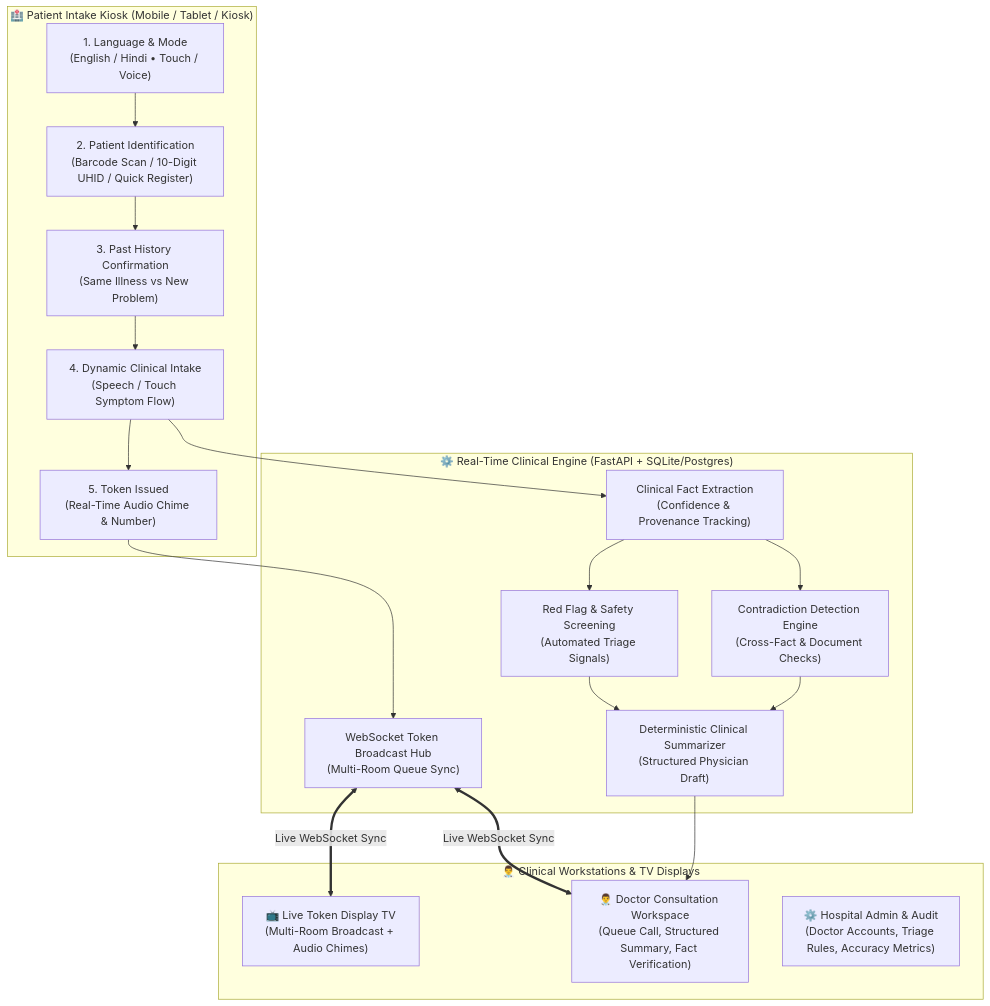
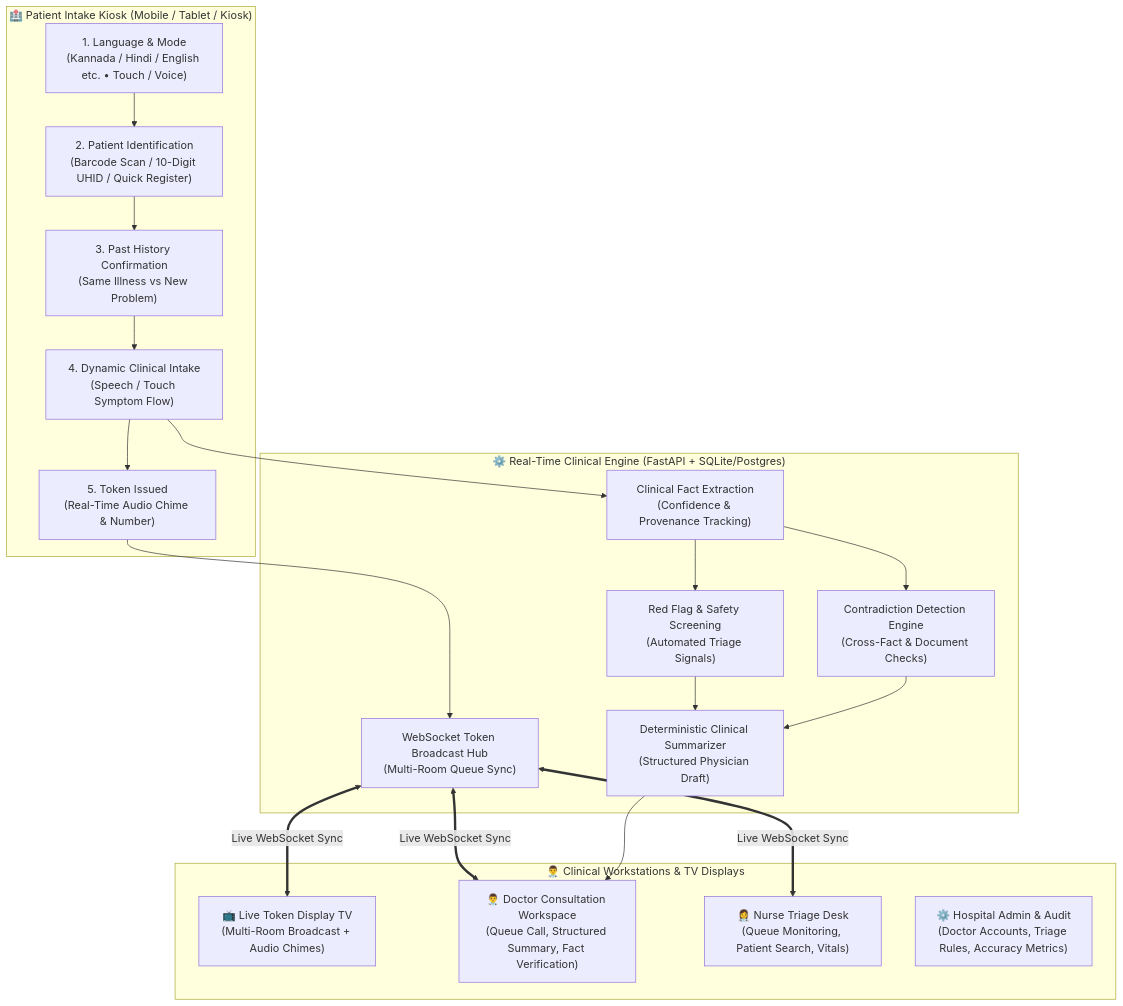
Before and after one commit to Gopiverma49/medikiosk: the first of 2 diagrams in README.md, drawn with Mermaid. The commit also changed other lines of this file and 21 other files, not shown here.

````diff
--- a/README.md
+++ b/README.md
@@ -12,32 +15,34 @@
 ```mermaid
 flowchart TD
     subgraph KIOSK ["🏥 Patient Intake Kiosk (Mobile / Tablet / Kiosk)"]
-        A1["1. Language & Mode\n(English / Hindi • Touch / Voice)"]
+        A1["1. Language & Mode\n(Kannada / Hindi / English etc. • Touch / Voice)"]
         A2["2. Patient Identification\n(Barcode Scan / 10-Digit UHID / Quick Register)"]
         A3["3. Past History Confirmation\n(Same Illness vs New Problem)"]
         A4["4. Dynamic Clinical Intake\n(Speech / Touch Symptom Flow)"]
         A5["5. Token Issued\n(Real-Time Audio Chime & Number)"]
         A1 --> A2 --> A3 --> A4 --> A5
     end
 
     subgraph BACKEND ["⚙️ Real-Time Clinical Engine (FastAPI + SQLite/Postgres)"]
         B1["Clinical Fact Extraction\n(Confidence & Provenance Tracking)"]
         B2["Red Flag & Safety Screening\n(Automated Triage Signals)"]
         B3["Contradiction Detection Engine\n(Cross-Fact & Document Checks)"]
         B4["Deterministic Clinical Summarizer\n(Structured Physician Draft)"]
         B5["WebSocket Token Broadcast Hub\n(Multi-Room Queue Sync)"]
     end
 
     subgraph STATIONS ["👨‍⚕️ Clinical Workstations & TV Displays"]
         C1["📺 Live Token Display TV\n(Multi-Room Broadcast + Audio Chimes)"]
         C2["👨‍⚕️ Doctor Consultation Workspace\n(Queue Call, Structured Summary, Fact Verification)"]
-        C3["⚙️ Hospital Admin & Audit\n(Doctor Accounts, Triage Rules, Accuracy Metrics)"]
+        C3["👩‍⚕️ Nurse Triage Desk\n(Queue Monitoring, Patient Search, Vitals)"]
+        C4["⚙️ Hospital Admin & Audit\n(Doctor Accounts, Triage Rules, Accuracy Metrics)"]
     end
 
     A4 --> B1
     B1 --> B2 & B3 --> B4
     A5 --> B5
     B5 <== "Live WebSocket Sync" ==> C1
     B5 <== "Live WebSocket Sync" ==> C2
+    B5 <== "Live WebSocket Sync" ==> C3
     B4 --> C2
 ```
````
